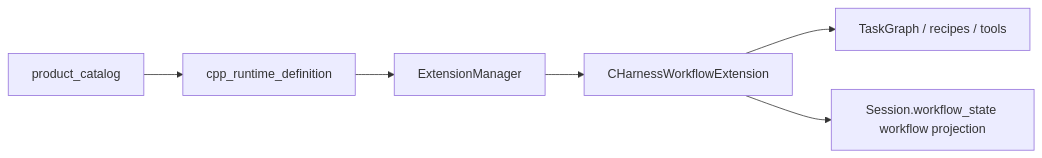
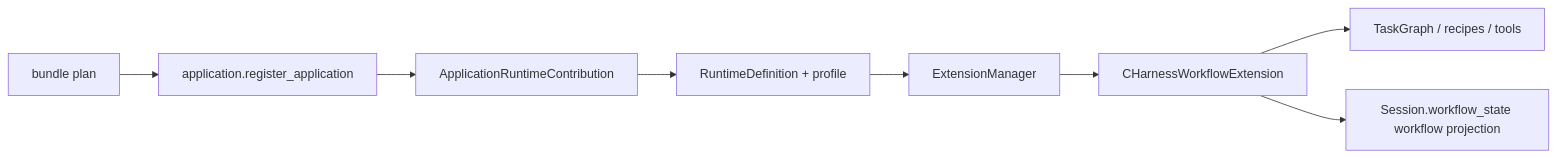
One commit to czh869452912/ccode-win7 changed the diagram in docs/applications/cpp-workflow.md. Above: the diagram before and after it, drawn with Mermaid. The commit also changed other lines of this file and 32 other files, not shown here.

Commit message:
refactor: finalize selected application runtime composition

````diff
--- a/docs/applications/cpp-workflow.md
+++ b/docs/applications/cpp-workflow.md
@@ -32,8 +32,10 @@
 ```mermaid
 flowchart LR
-    A["product_catalog"] --> B["cpp_runtime_definition"]
-    B --> C["ExtensionManager"]
-    C --> D["CHarnessWorkflowExtension"]
-    D --> E["TaskGraph / recipes / tools"]
-    D --> F["Session.workflow_state workflow projection"]
+    A["bundle plan"] --> B["application.register_application"]
+    B --> C["ApplicationRuntimeContribution"]
+    C --> D["RuntimeDefinition + profile"]
+    D --> E["ExtensionManager"]
+    E --> F["CHarnessWorkflowExtension"]
+    F --> G["TaskGraph / recipes / tools"]
+    F --> H["Session.workflow_state workflow projection"]
 ```
````
